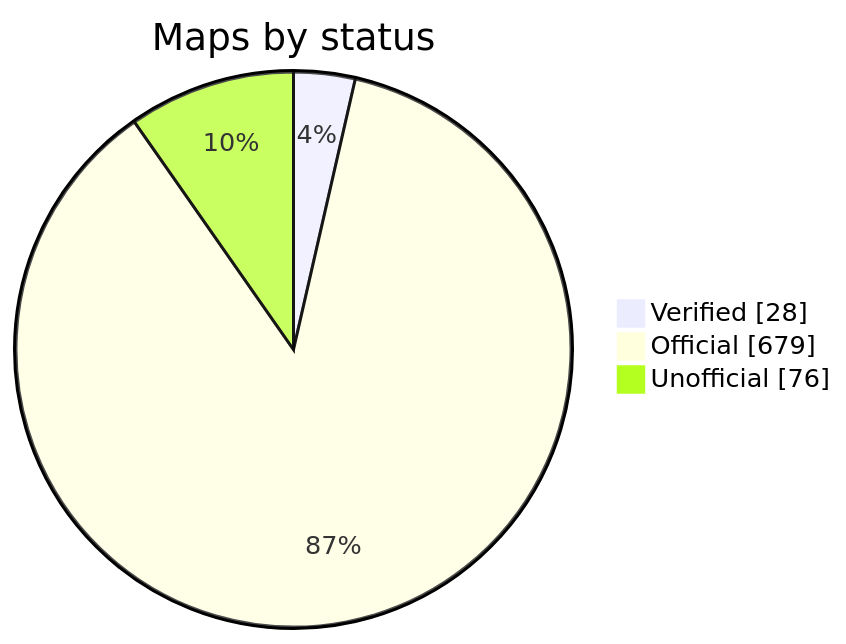
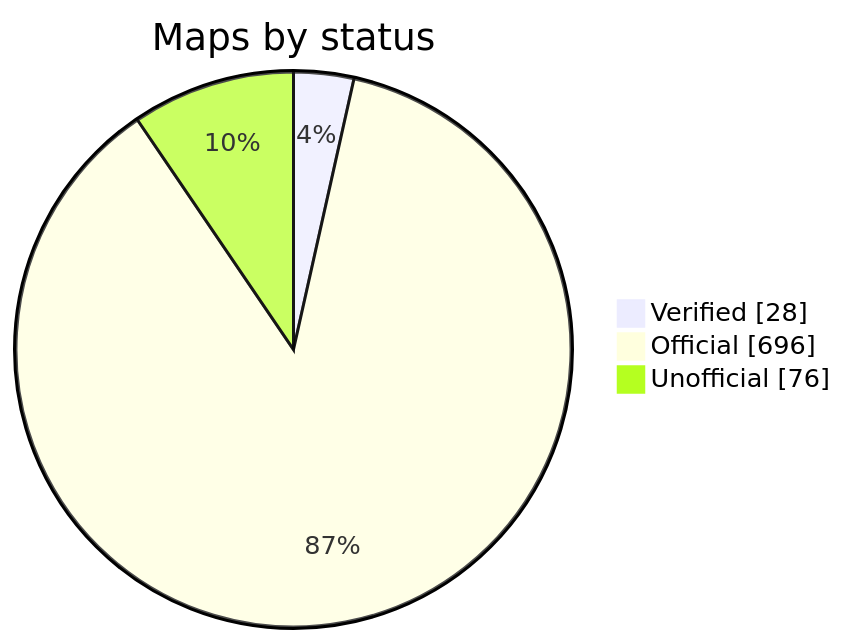
Before and after one commit to nobrega8/mbmap-library: the diagram in README.md, drawn with Mermaid. The commit also changed 22 other files, not shown here.

````diff
--- a/README.md
+++ b/README.md
@@ -52,7 +52,7 @@
 ```mermaid
 pie showData
     title Maps by status
     "Verified" : 28
-    "Official" : 679
+    "Official" : 696
     "Unofficial" : 76
 ```
````
